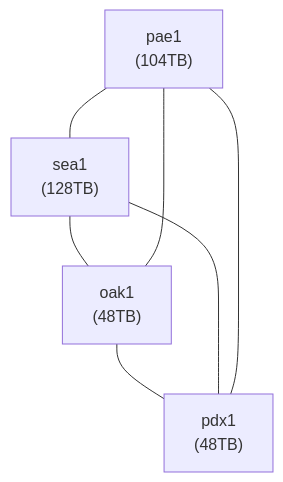
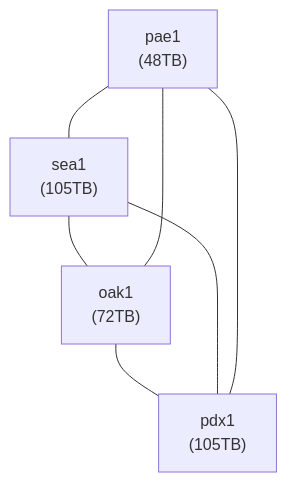
One commit to dastron/storage-cluster changed the sixth of 6 diagrams in README.md. Above: the diagram before and after it, drawn with Mermaid. The commit also changed other lines of this file, not shown here.

````diff
--- a/README.md
+++ b/README.md
@@ -189,11 +164,11 @@
 ```mermaid
 graph TD
-    PAE1["pae1<br>(104TB)"] --- SEA1["sea1<br>(128TB)"]
-    SEA1 --- OAK1["oak1<br>(48TB)"]
-    OAK1 --- PDX1["pdx1<br>(48TB)"]
+    PAE1["pae1<br>(48TB)"] --- SEA1["sea1<br>(105TB)"]
+    SEA1 --- OAK1["oak1<br>(72TB)"]
+    OAK1 --- PDX1["pdx1<br>(105TB)"]
     PDX1 --- PAE1
     
     PAE1 --- OAK1
     SEA1 --- PDX1
     
 ```
````
